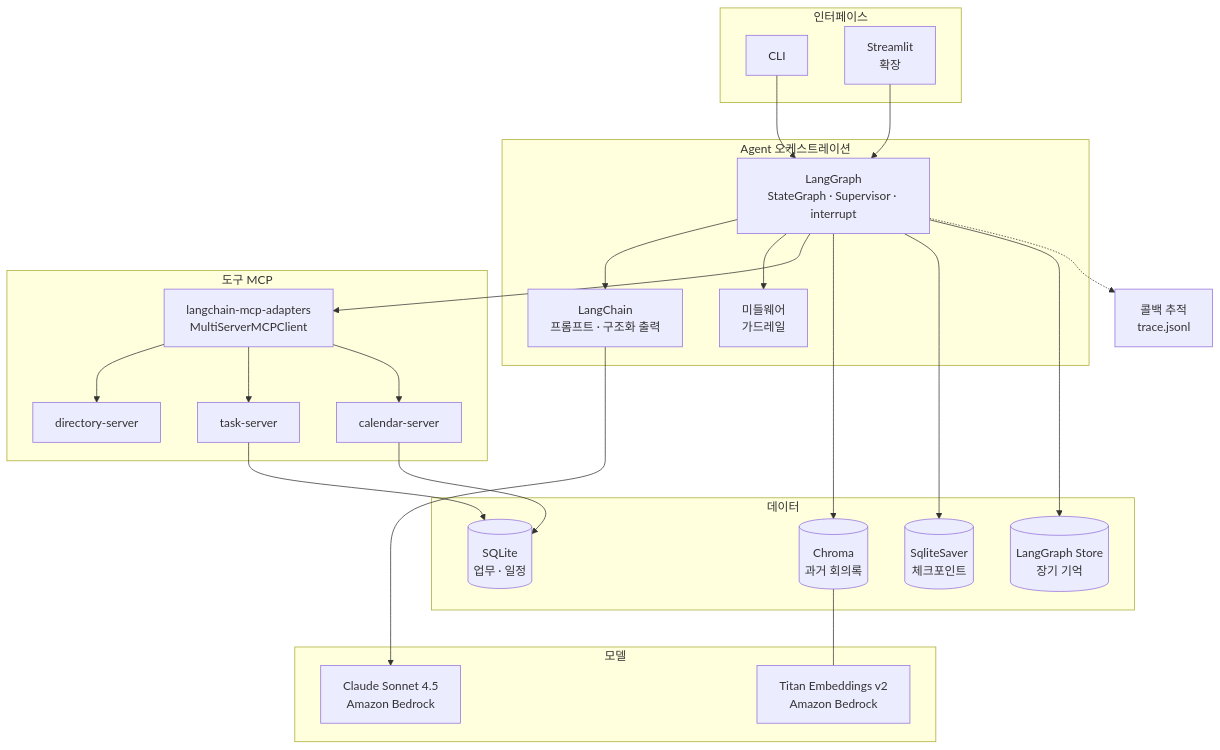
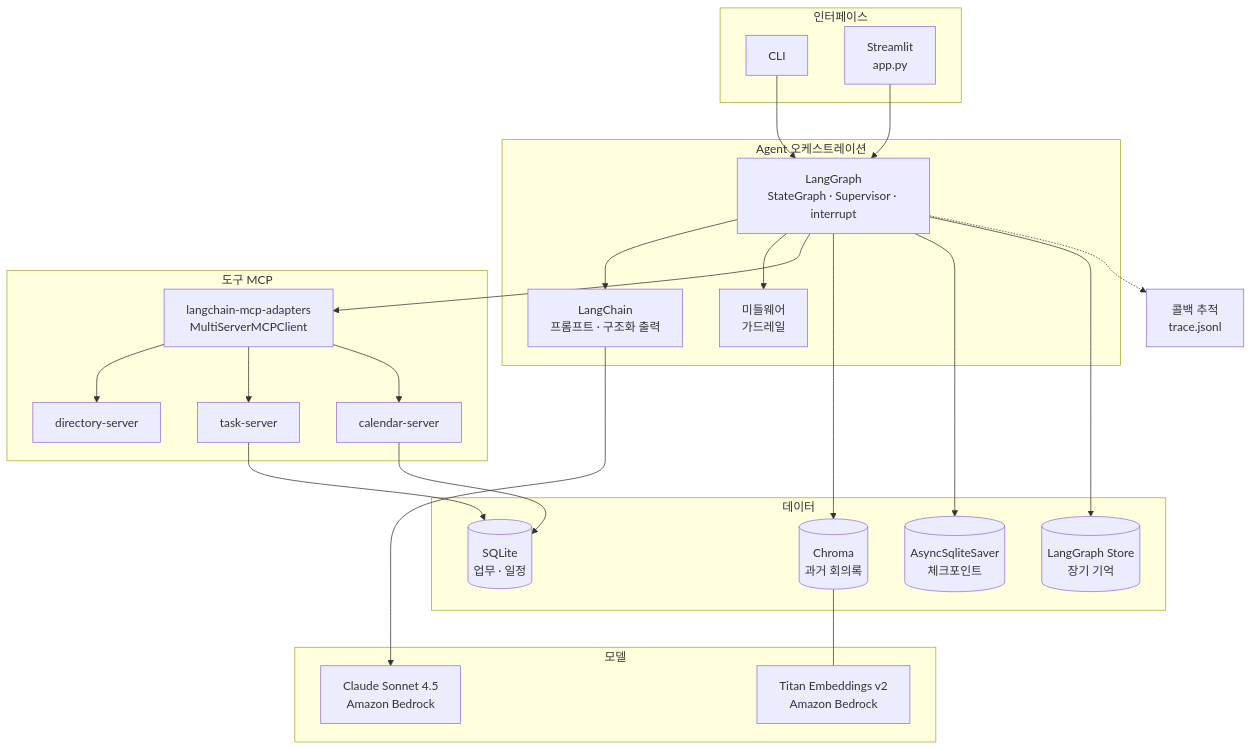
One commit to momostars/mini-pjt changed the second of 2 diagrams in README.md. Above: the diagram before and after it, drawn with Mermaid. The commit also changed other lines of this file and 2 other files, not shown here.

````diff
--- a/README.md
+++ b/README.md
@@ -532,42 +546,42 @@
 ```mermaid
 flowchart TB
     subgraph L1[인터페이스]
         CLI[CLI]
-        ST[Streamlit<br/>확장]
+        ST[Streamlit<br/>app.py]
     end
     subgraph L3[Agent 오케스트레이션]
         LG[LangGraph<br/>StateGraph · Supervisor · interrupt]
         LC[LangChain<br/>프롬프트 · 구조화 출력]
         MW[미들웨어<br/>가드레일]
     end
     subgraph L4[모델]
         LLM[Claude Sonnet 4.5<br/>Amazon Bedrock]
         EMB[Titan Embeddings v2<br/>Amazon Bedrock]
     end
     subgraph L5[도구 MCP]
         MCPC[langchain-mcp-adapters<br/>MultiServerMCPClient]
         DIR[directory-server]
         TASK[task-server]
         CALS[calendar-server]
     end
     subgraph L6[데이터]
         CH[(Chroma<br/>과거 회의록)]
         SQL[(SQLite<br/>업무 · 일정)]
-        CP[(SqliteSaver<br/>체크포인트)]
+        CP[(AsyncSqliteSaver<br/>체크포인트)]
         STORE[(LangGraph Store<br/>장기 기억)]
     end
     OBS[콜백 추적<br/>trace.jsonl]
 
     CLI --> LG
     ST --> LG
     LG --> LC --> LLM
     LG --> MW
     LG --> MCPC
     MCPC --> DIR & TASK & CALS
     TASK & CALS --> SQL
     LG --> CH
     CH --- EMB
     LG --> CP
     LG --> STORE
     LG -.-> OBS
 ```
````
